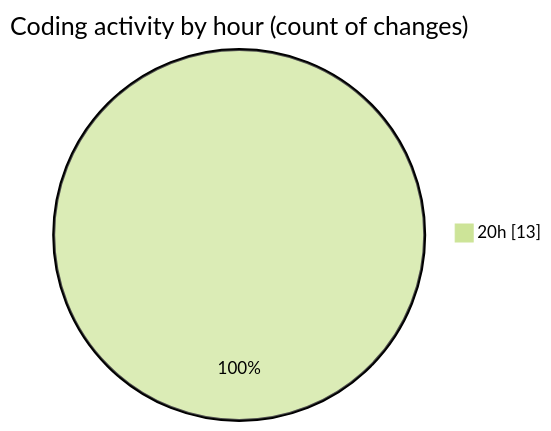
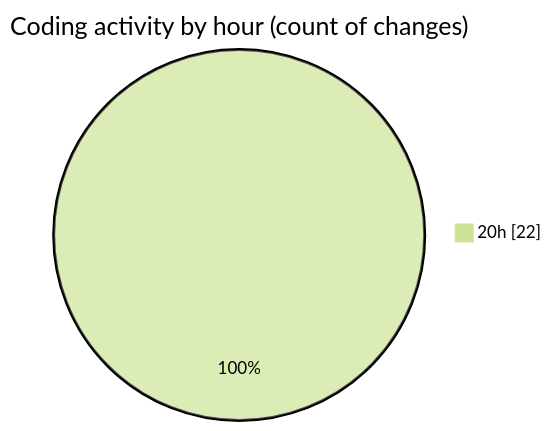
The second of 2 diagrams in 2025-03-31/echo/README.md (Netris89/code-tracking), drawn with Mermaid (forest theme) before and after one commit. The commit also changed other lines of this file and 1 other file, not shown here.

````diff
--- a/2025-03-31/echo/README.md
+++ b/2025-03-31/echo/README.md
@@ -28,5 +28,5 @@
 ```mermaid
 pie showData
 title Coding activity by hour (count of changes)
-"20h" : 13
+"20h" : 22
 ```
````
